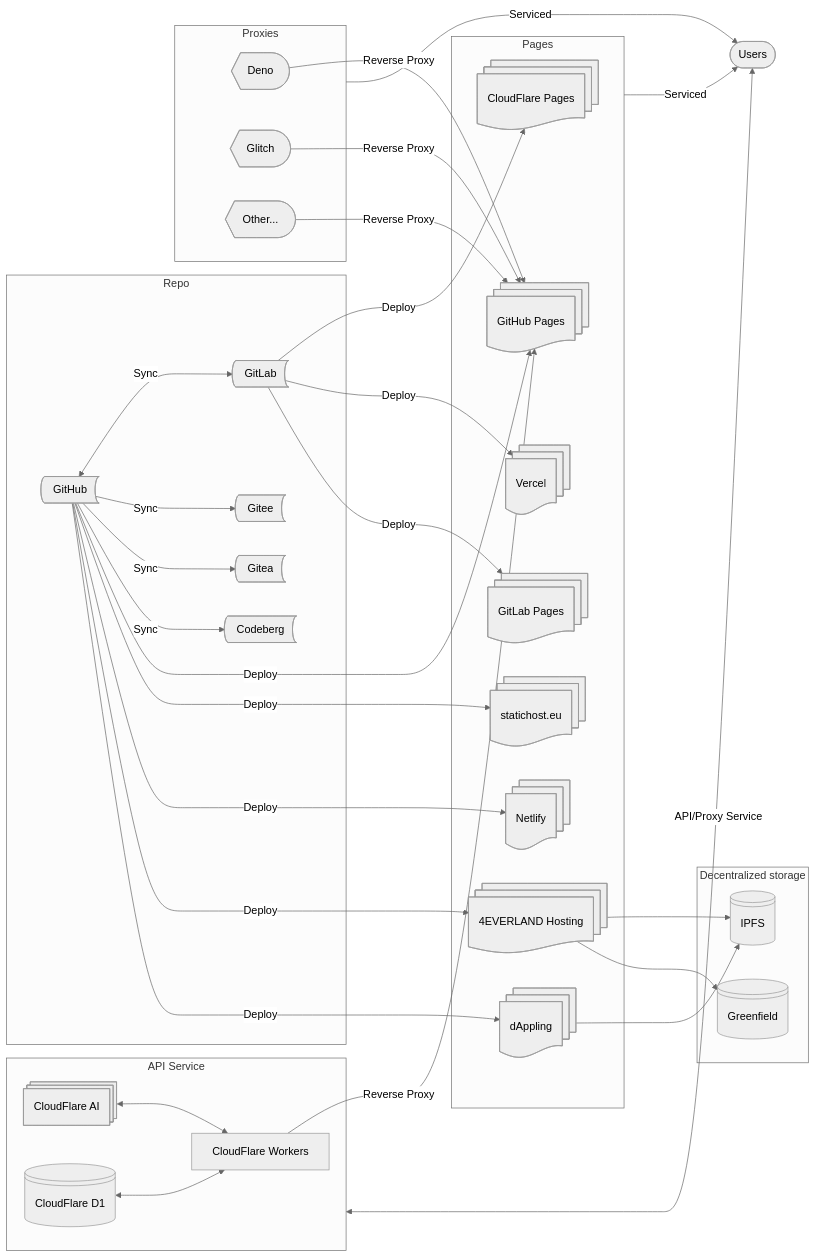
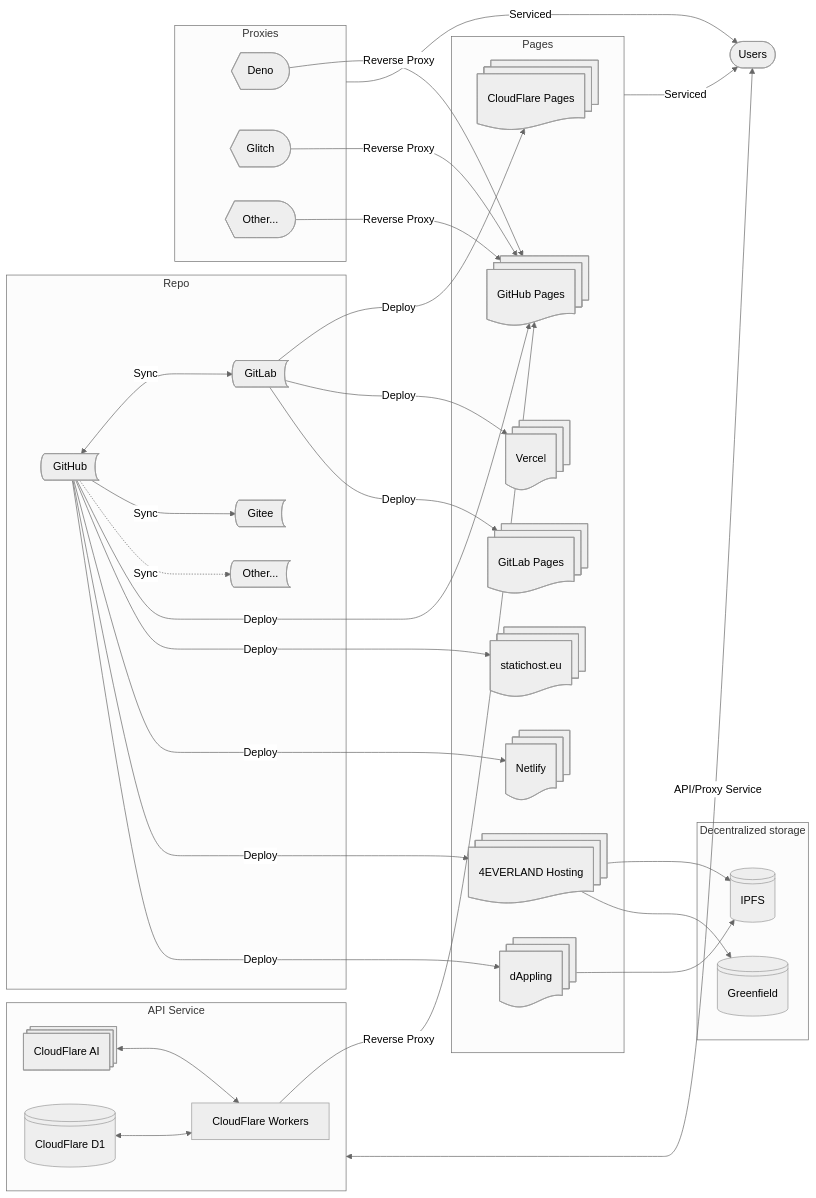
Before and after one commit to Mabbs/mabbs.github.io: the diagram in proxylist.md, drawn with Mermaid (neutral theme). The commit also changed 2 other files, not shown here.

Commit message:
Update 3 files
- /links.md
- /proxylist.md
- /_data/proxylist.yml

````diff
--- a/proxylist.md
+++ b/proxylist.md
@@ -26,78 +26,75 @@
 ```mermaid
 graph LR;
     Users@{ shape: stadium, label: "Users" }
     GH@{ shape: bow-rect, label: "GitHub" }
     GL@{ shape: bow-rect, label: "GitLab" }
     GE@{ shape: bow-rect, label: "Gitee" }
-    GEA@{ shape: bow-rect, label: "Gitea" }
-    CB@{ shape: bow-rect, label: "Codeberg" }
+    OG@{ shape: bow-rect, label: "Other..." }
     CFP@{ shape: docs, label: "CloudFlare Pages" }
     GHP@{ shape: docs, label: "GitHub Pages" }
     GLP@{ shape: docs, label: "GitLab Pages" }
     FELH@{ shape: docs, label: "4EVERLAND Hosting" }
     IPFS@{ shape: lin-cyl, label: "IPFS" }
     GF@{ shape: lin-cyl, label: "Greenfield" }
     Vercel@{ shape: docs, label: "Vercel" }
     Netlify@{ shape: docs, label: "Netlify" }
     SH@{ shape: docs, label: "statichost.eu" }
     DA@{ shape: docs, label: "dAppling" }
     CFW@{ label: "CloudFlare Workers" }
     CFAI@{ shape: procs, label: "CloudFlare AI" }
     CFD@{ shape: lin-cyl, label: "CloudFlare D1" }
     Deno@{ shape: curv-trap, label: "Deno" }
     Glitch@{ shape: curv-trap, label: "Glitch" }
     Other@{ shape: curv-trap, label: "Other..." }
     subgraph Repo
     GH
     GL
     GE
-    GEA
-    CB
+    OG
     end
     
     subgraph Pages
     GHP
     GLP
     CFP
     SH
     FELH
     DA
     Vercel
     Netlify
     end
 
     subgraph API[API Service]
     CFAI
     CFD
     CFW
     end
     
     subgraph Proxies
     Deno
     Glitch
     Other
     end
     
     subgraph DS[Decentralized storage]
     IPFS
     GF
     end
     
     GH <-- Sync --> GL
     GH -- Sync --> GE
-    GH -- Sync --> GEA
-    GH -- Sync --> CB
+    GH -. Sync .-> OG
     GH -- Deploy --> GHP & SH & Netlify & FELH & DA
     GL -- Deploy --> CFP & Vercel & GLP
     CFW -- Reverse Proxy --> GHP
     Deno -- Reverse Proxy --> GHP
     Glitch -- Reverse Proxy --> GHP
     Other -- Reverse Proxy --> GHP
     CFD <--> CFW
     CFAI <--> CFW
     API -- API/Proxy Service <--> Users
     Pages -- Serviced --> Users
     Proxies -- Serviced --> Users
     FELH --> IPFS & GF
     DA --> IPFS
 ```
````
